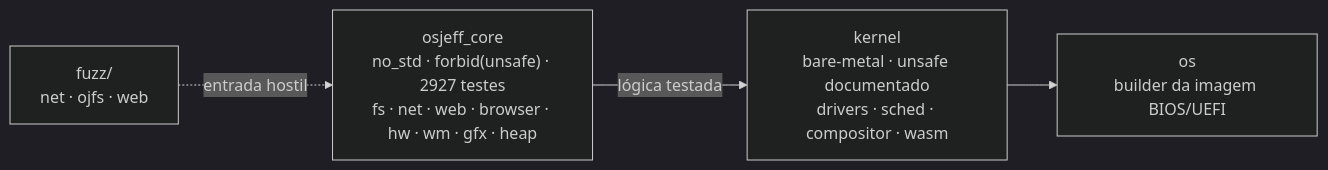
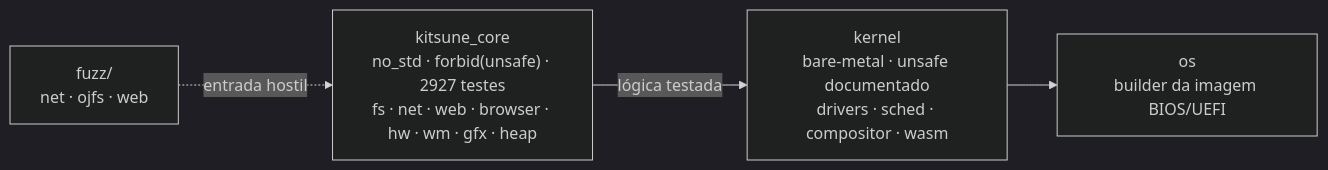
The diagram in README.md (Jeffinp/OSjeff), drawn with Mermaid (dark theme) before and after one commit. The commit also changed other lines of this file and 385 other files, not shown here.

First line of the commit message:
refactor: rename osjeff_core to kitsune_core and image names to kitsune-*

````diff
--- a/README.md
+++ b/README.md
@@ -101,9 +101,9 @@
 ```mermaid
 flowchart LR
-    CORE["osjeff_core<br/>no_std · forbid(unsafe) · 2927 testes<br/>fs · net · web · browser · hw · wm · gfx · heap"]
+    CORE["kitsune_core<br/>no_std · forbid(unsafe) · 2927 testes<br/>fs · net · web · browser · hw · wm · gfx · heap"]
     KERNEL["kernel<br/>bare-metal · unsafe documentado<br/>drivers · sched · compositor · wasm"]
     OS["os<br/>builder da imagem BIOS/UEFI"]
     FUZZ["fuzz/<br/>net · ojfs · web"]
     CORE -->|lógica testada| KERNEL --> OS
     FUZZ -.->|entrada hostil| CORE
 ```
````
